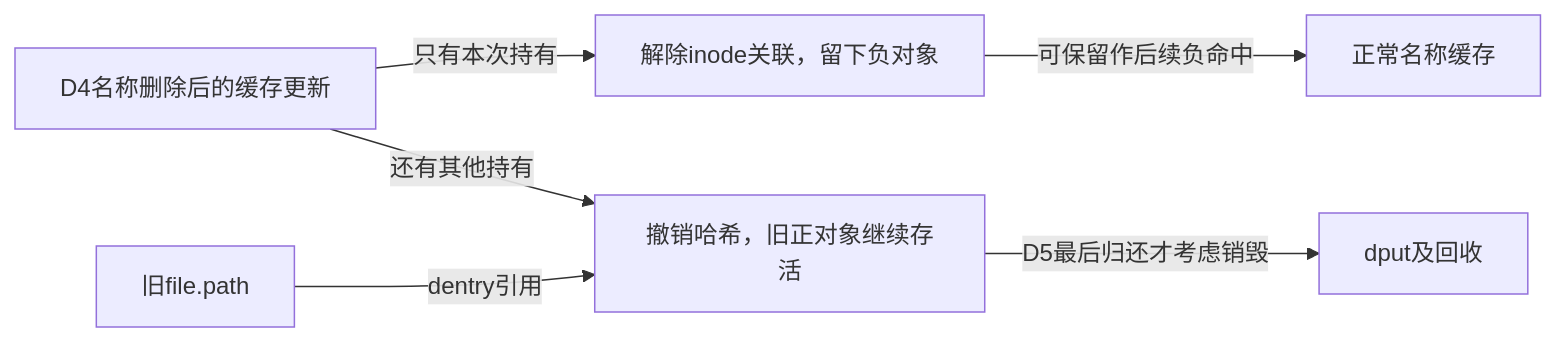
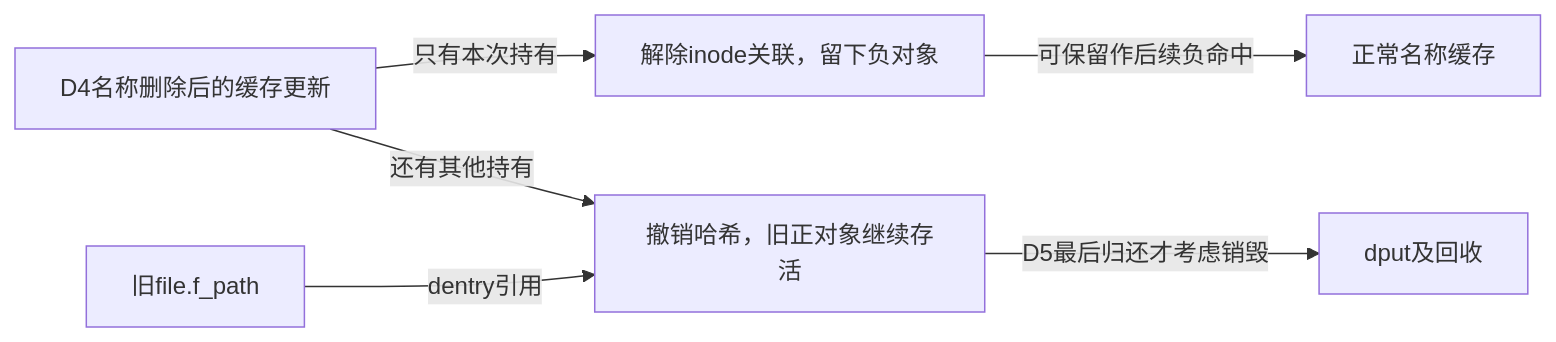
One commit to FormingSystem/linux_note changed the first of 3 diagrams in research/source_reading/vfs/source_explanations/P12_名称失效与最后使用者退出.md. Above: the diagram before and after it, drawn with Mermaid. The commit also changed 7 other files, not shown here.

````diff
--- a/research/source_reading/vfs/source_explanations/P12_名称失效与最后使用者退出.md
+++ b/research/source_reading/vfs/source_explanations/P12_名称失效与最后使用者退出.md
@@ -124,8 +124,8 @@
 ```mermaid
 flowchart LR
     op["D4名称删除后的缓存更新"] -->|"只有本次持有"| neg["解除inode关联，留下负对象"]
     op -->|"还有其他持有"| old["撤销哈希，旧正对象继续存活"]
-    held["旧file.path"] -->|"dentry引用"| old
+    held["旧file.f_path"] -->|"dentry引用"| old
     old -->|"D5最后归还才考虑销毁"| release["dput及回收"]
     neg -->|"可保留作后续负命中"| cache["正常名称缓存"]
 ```
````
